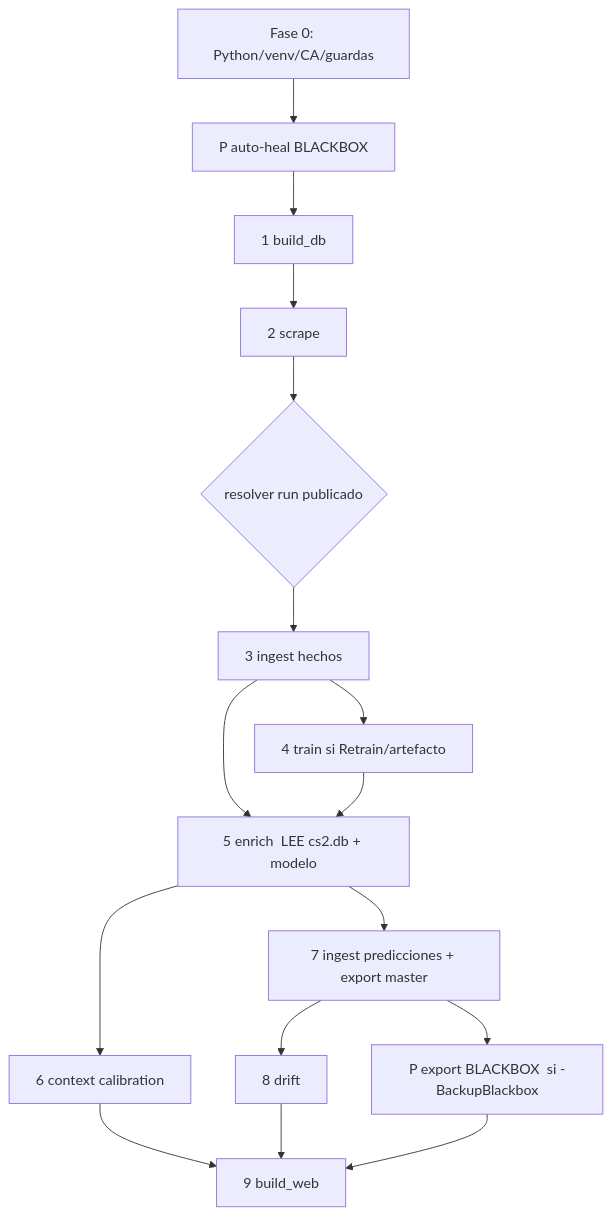
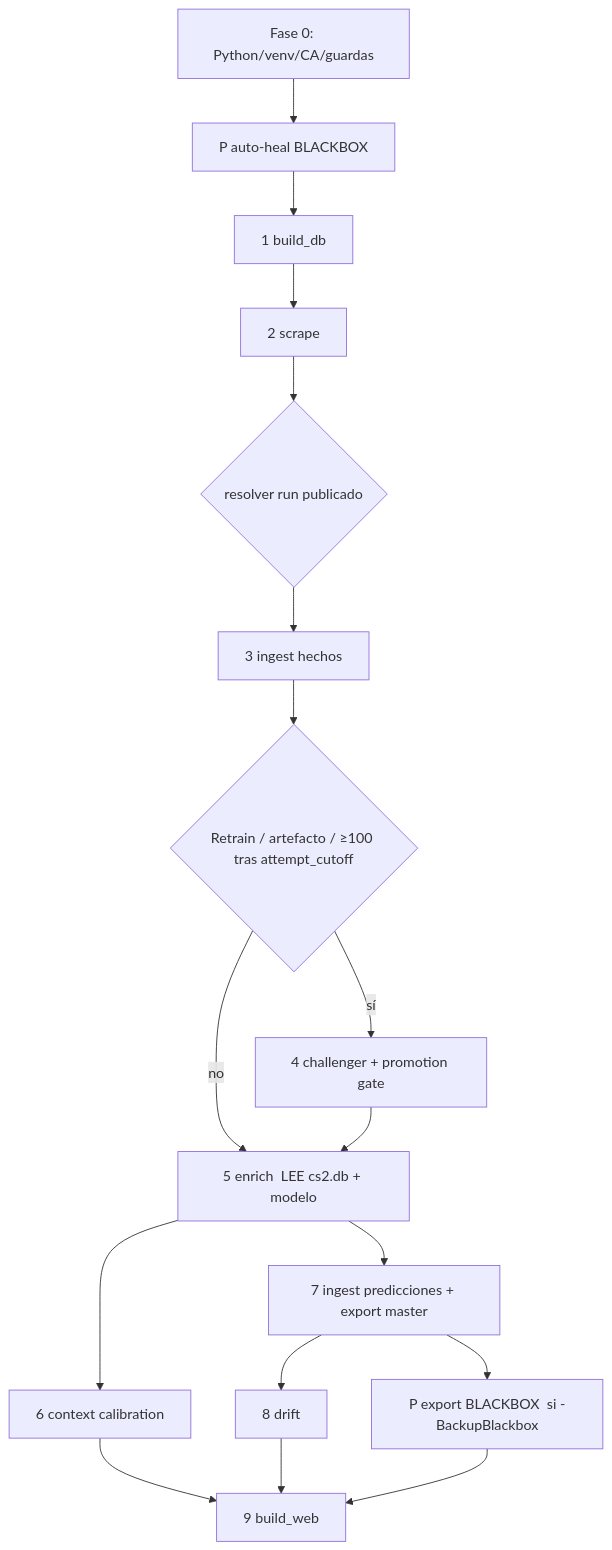
One commit to alejandrodapenasanz/CS2-PREDICTOR-WEB changed the diagram in CS2/DOCS/PIPELINE.md. Above: the diagram before and after it, drawn with Mermaid. The commit also changed other lines of this file and 379 other files, not shown here.

````diff
--- a/CS2/DOCS/PIPELINE.md
+++ b/CS2/DOCS/PIPELINE.md
@@ -35,18 +53,19 @@
 ```mermaid
 flowchart TD
     P0[Fase 0: Python/venv/CA/guardas] --> PA[P auto-heal BLACKBOX]
     PA --> S1[1 build_db]
     S1 --> S2[2 scrape]
     S2 --> RUN{resolver run publicado}
     RUN --> S3[3 ingest hechos]
-    S3 --> S4[4 train  si Retrain/artefacto]
-    S3 --> S5[5 enrich  LEE cs2.db + modelo]
+    S3 --> AUTO{Retrain / artefacto / ≥100 tras attempt_cutoff}
+    AUTO -->|sí| S4[4 challenger + promotion gate]
+    AUTO -->|no| S5[5 enrich  LEE cs2.db + modelo]
     S4 --> S5
     S5 --> S6[6 context calibration]
     S5 --> S7[7 ingest predicciones + export master]
     S7 --> S8[8 drift]
     S7 --> PB[P export BLACKBOX  si -BackupBlackbox]
     S6 --> S9[9 build_web]
     S8 --> S9
     PB --> S9
 ```
````
